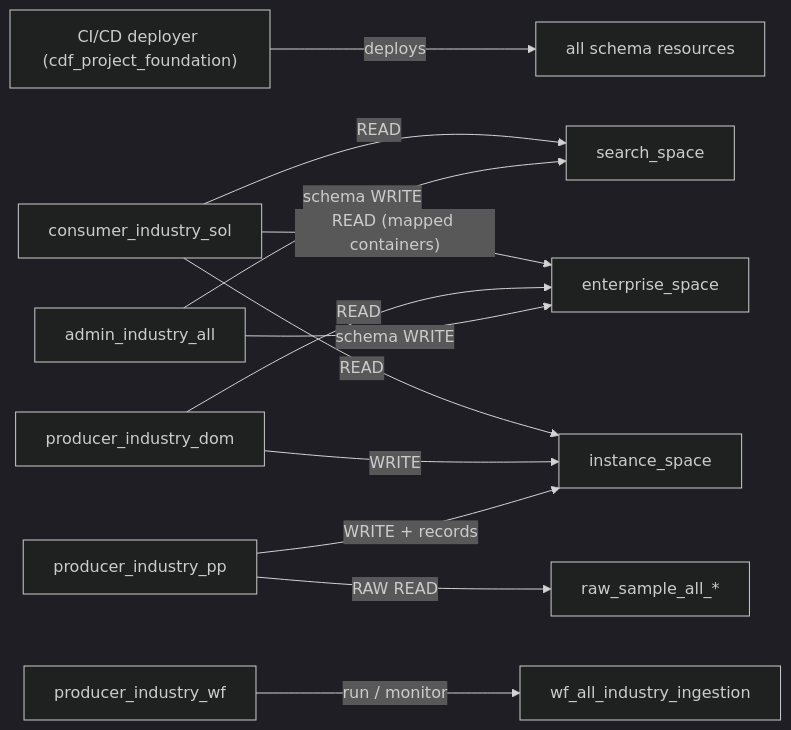
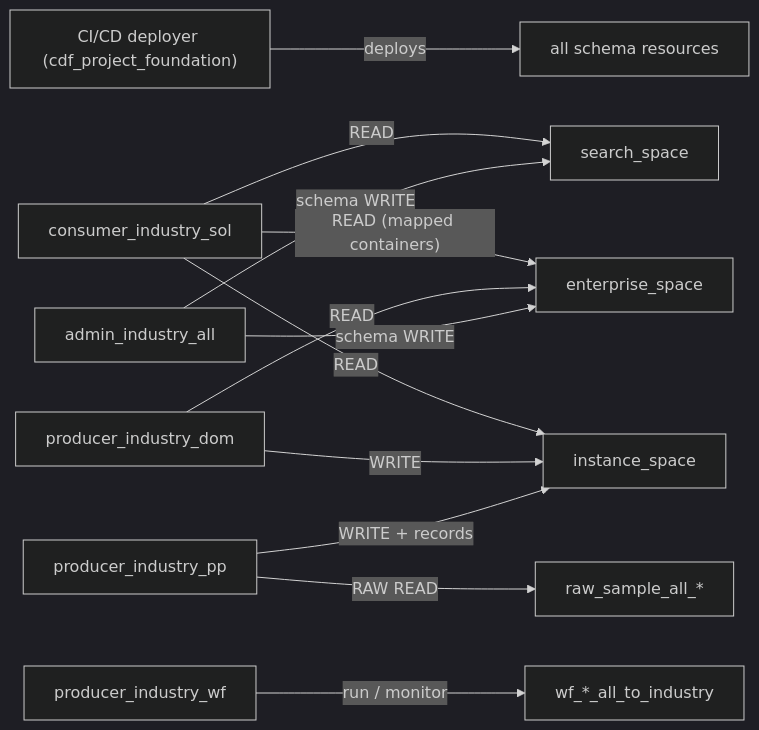
One commit to cognitedata/library changed the second of 3 diagrams in modules/datamodels/industry_domain_extension/industry_domain_extension.PLAN.md. Above: the diagram before and after it, drawn with Mermaid (dark theme). The commit also changed other lines of this file and 27 other files, not shown here.

First line of the commit message:
refactor(industry-domain): move ingestion onto per-source dump workflows

````diff
--- a/modules/datamodels/industry_domain_extension/industry_domain_extension.PLAN.md
+++ b/modules/datamodels/industry_domain_extension/industry_domain_extension.PLAN.md
@@ -1145,15 +1146,15 @@
 ```mermaid
 flowchart LR
   deployer["CI/CD deployer (cdf_project_foundation)"] -->|deploys| schema
   admin[admin_industry_all] -->|"schema WRITE"| dom[enterprise_space]
   admin -->|"schema WRITE"| sol[search_space]
   ingestion[producer_industry_pp] -->|"RAW READ"| raw[raw_sample_all_*]
   ingestion -->|"WRITE + records"| inst[instance_space]
   domProducer[producer_industry_dom] -->|WRITE| inst
   domProducer -->|READ| dom
-  operator[producer_industry_wf] -->|"run / monitor"| wf[wf_all_industry_ingestion]
+  operator[producer_industry_wf] -->|"run / monitor"| wf[wf_*_all_to_industry]
   solConsumer[consumer_industry_sol] -->|READ| sol
   solConsumer -->|"READ (mapped containers)"| dom
   solConsumer -->|READ| inst
   schema[all schema resources]
 ```
````
